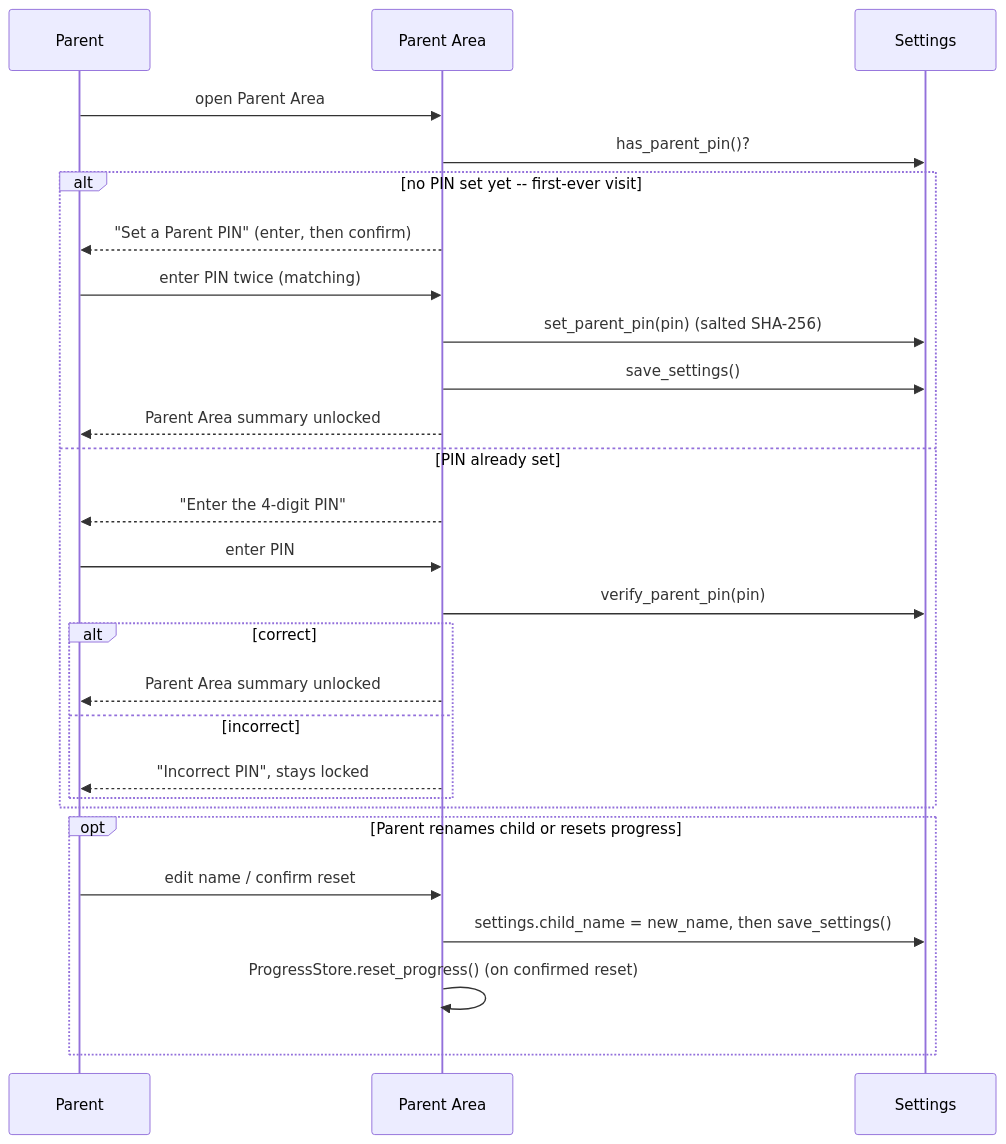
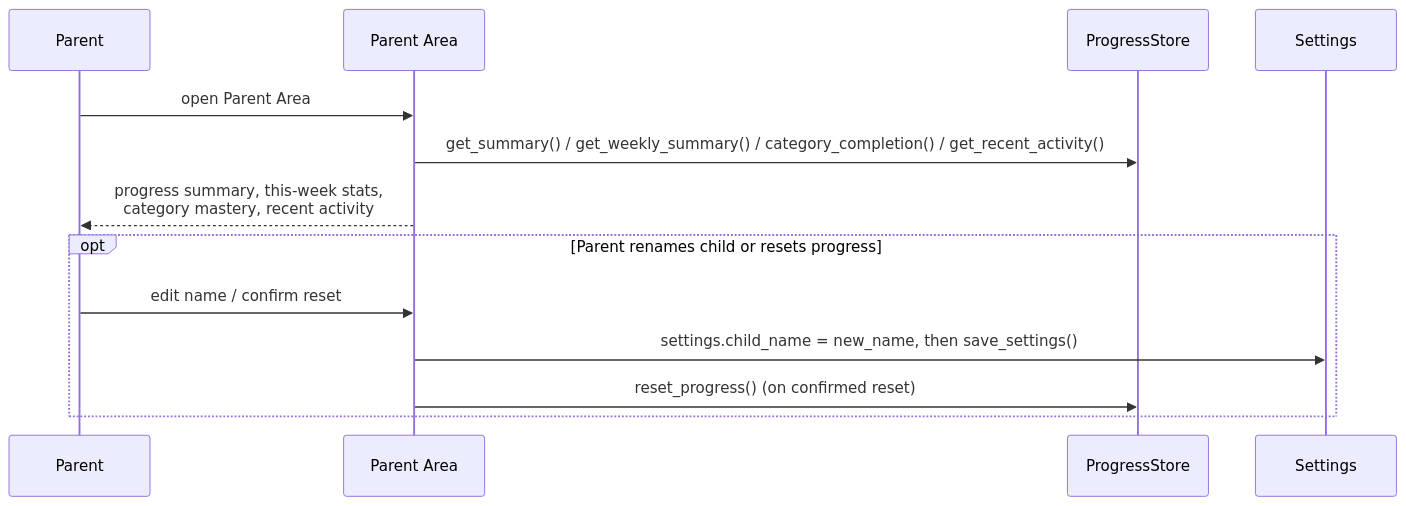
One commit to shreejitpanchal/python-adventure-kids changed the eighth of 10 diagrams in docs/ARCHITECTURE.md. Above: the diagram before and after it, drawn with Mermaid. The commit also changed other lines of this file and 3 other files, not shown here.

````diff
--- a/docs/ARCHITECTURE.md
+++ b/docs/ARCHITECTURE.md
@@ -407,30 +407,16 @@
 ```mermaid
 sequenceDiagram
     participant Parent
     participant Area as Parent Area
+    participant Store as ProgressStore
     participant Cfg as Settings
 
     Parent->>Area: open Parent Area
-    Area->>Cfg: has_parent_pin()?
-    alt no PIN set yet -- first-ever visit
-        Area-->>Parent: "Set a Parent PIN" (enter, then confirm)
-        Parent->>Area: enter PIN twice (matching)
-        Area->>Cfg: set_parent_pin(pin) (salted SHA-256)
-        Area->>Cfg: save_settings()
-        Area-->>Parent: Parent Area summary unlocked
-    else PIN already set
-        Area-->>Parent: "Enter the 4-digit PIN"
-        Parent->>Area: enter PIN
-        Area->>Cfg: verify_parent_pin(pin)
-        alt correct
-            Area-->>Parent: Parent Area summary unlocked
-        else incorrect
-            Area-->>Parent: "Incorrect PIN", stays locked
-        end
-    end
+    Area->>Store: get_summary() / get_weekly_summary() / category_completion() / get_recent_activity()
+    Area-->>Parent: progress summary, this-week stats,<br/>category mastery, recent activity
     opt Parent renames child or resets progress
         Parent->>Area: edit name / confirm reset
         Area->>Cfg: settings.child_name = new_name, then save_settings()
-        Area->>Area: ProgressStore.reset_progress() (on confirmed reset)
+        Area->>Store: reset_progress() (on confirmed reset)
     end
 ```
````
